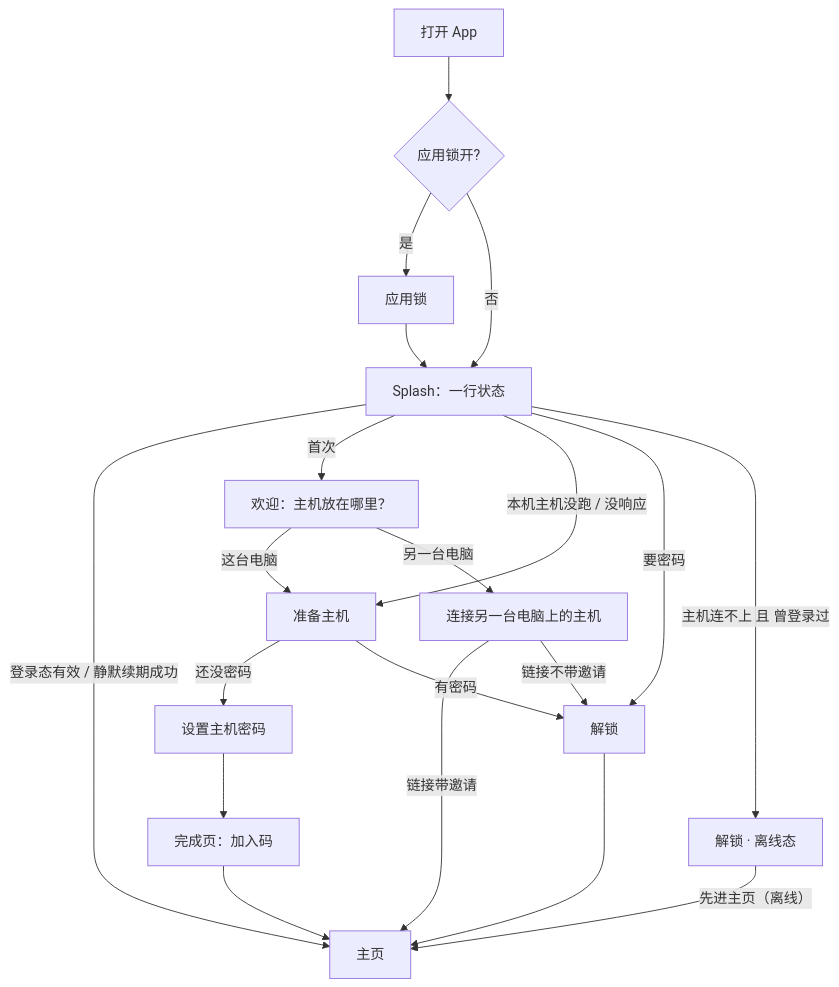
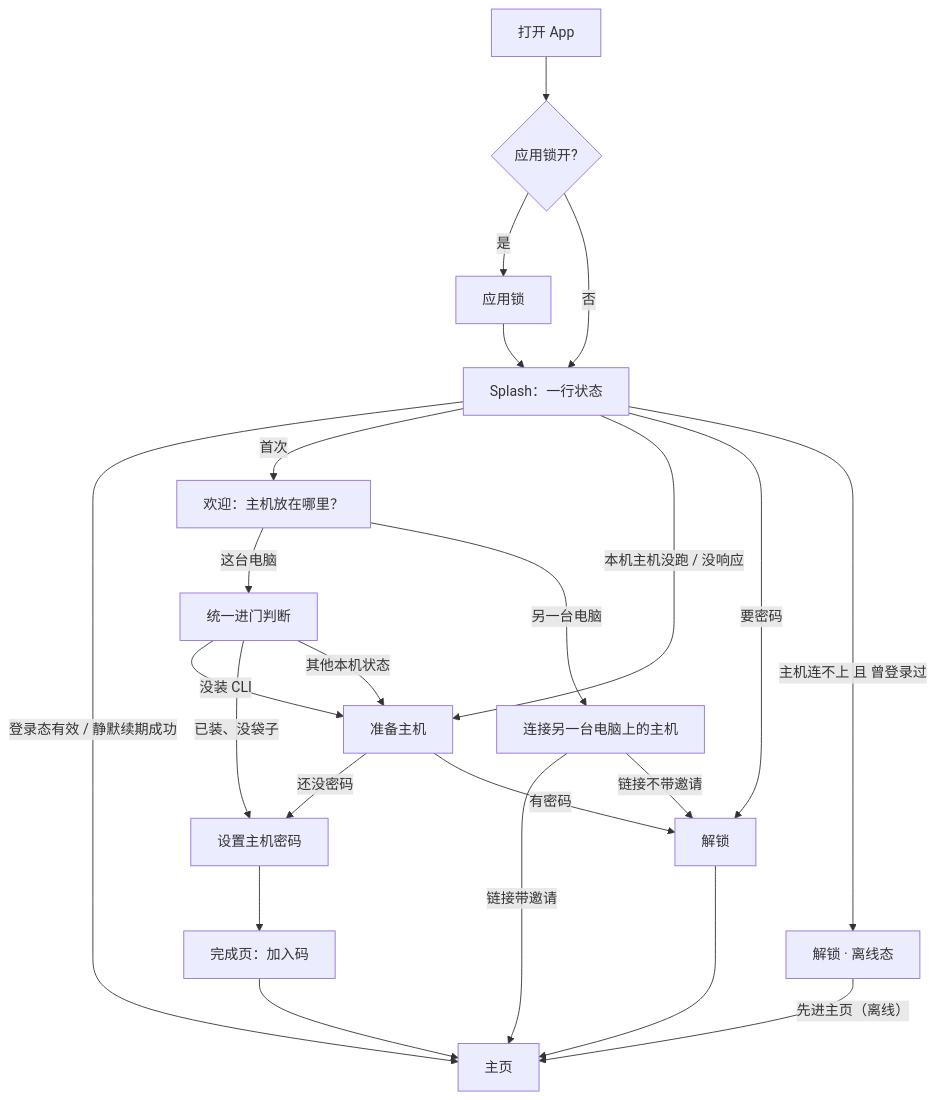
The first of 3 diagrams in docs/login_flow_redesign_decision.md (shepaw/shepaw), drawn with Mermaid before and after one commit. The commit also changed other lines of this file and 7 other files, not shown here.

````diff
--- a/docs/login_flow_redesign_decision.md
+++ b/docs/login_flow_redesign_decision.md
@@ -213,21 +218,24 @@
 ```mermaid
 flowchart TD
   A[打开 App] --> L{应用锁开?}
   L -->|是| AL[应用锁] --> S
   L -->|否| S[Splash：一行状态]
   S -->|登录态有效 / 静默续期成功| H[主页]
   S -->|首次| W[欢迎：主机放在哪里？]
   S -->|本机主机没跑 / 没响应| I[准备主机]
   S -->|要密码| U[解锁]
   S -->|主机连不上 且 曾登录过| U2[解锁 · 离线态] -->|先进主页（离线）| H
 
-  W -->|这台电脑| I
+  W -->|这台电脑| G[统一进门判断]
   W -->|另一台电脑| R[连接另一台电脑上的主机]
-  I -->|还没密码| C[设置主机密码]
+  G -->|没装 CLI| I
+  G -->|已装、没袋子| C[设置主机密码]
+  G -->|其他本机状态| I
+  I -->|还没密码| C
   I -->|有密码| U
   C --> D[完成页：加入码]
   D --> H
   R -->|链接带邀请| H
   R -->|链接不带邀请| U
   U --> H
 ```
````
